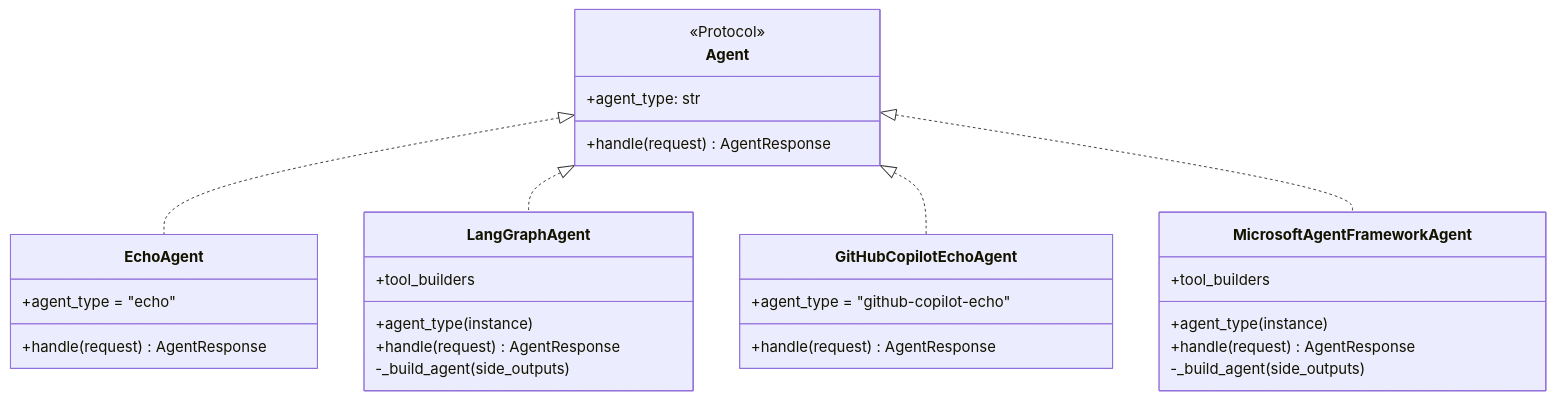
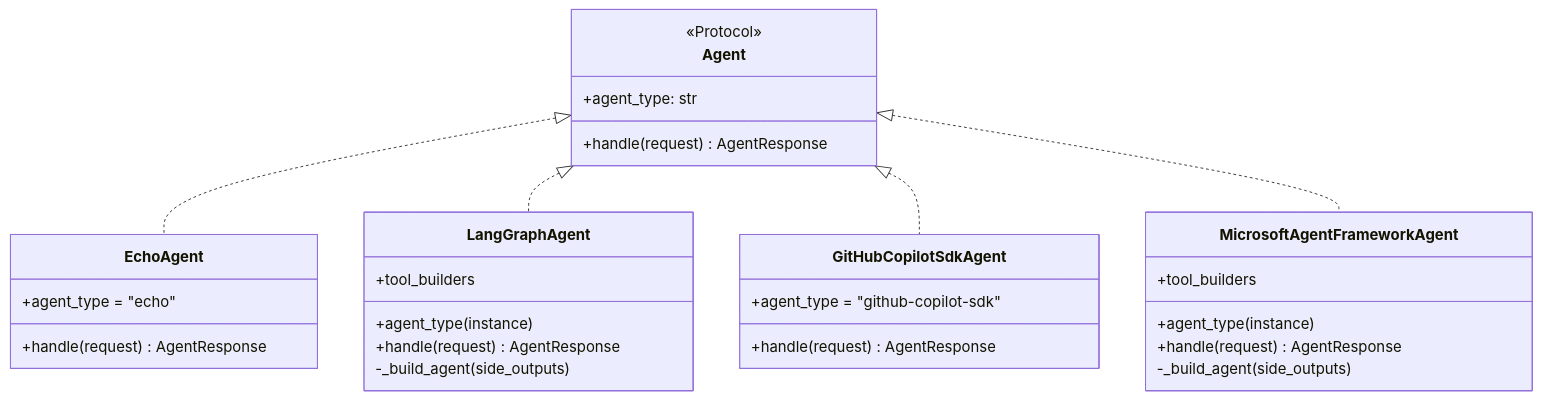
One commit to ks6088ts-labs/concierge changed the second of 2 diagrams in docs/cloud_agent/index.md. Above: the diagram before and after it, drawn with Mermaid. The commit also changed other lines of this file and 26 other files, not shown here.

First line of the commit message:
refactor: rename GitHub Copilot Echo agent to GitHub Copilot SDK agent

````diff
--- a/docs/cloud_agent/index.md
+++ b/docs/cloud_agent/index.md
@@ -45,32 +45,32 @@
 ```mermaid
 classDiagram
     class Agent {
         <<Protocol>>
         +agent_type: str
         +handle(request) AgentResponse
     }
     class EchoAgent {
         +agent_type = "echo"
         +handle(request) AgentResponse
     }
     class LangGraphAgent {
         +agent_type (instance)
         +tool_builders
         +handle(request) AgentResponse
         -_build_agent(side_outputs)
     }
-    class GitHubCopilotEchoAgent {
-        +agent_type = "github-copilot-echo"
+    class GitHubCopilotSdkAgent {
+        +agent_type = "github-copilot-sdk"
         +handle(request) AgentResponse
     }
     class MicrosoftAgentFrameworkAgent {
         +agent_type (instance)
         +tool_builders
         +handle(request) AgentResponse
         -_build_agent(side_outputs)
     }
     Agent <|.. EchoAgent
     Agent <|.. LangGraphAgent
-    Agent <|.. GitHubCopilotEchoAgent
+    Agent <|.. GitHubCopilotSdkAgent
     Agent <|.. MicrosoftAgentFrameworkAgent
 ```
````
